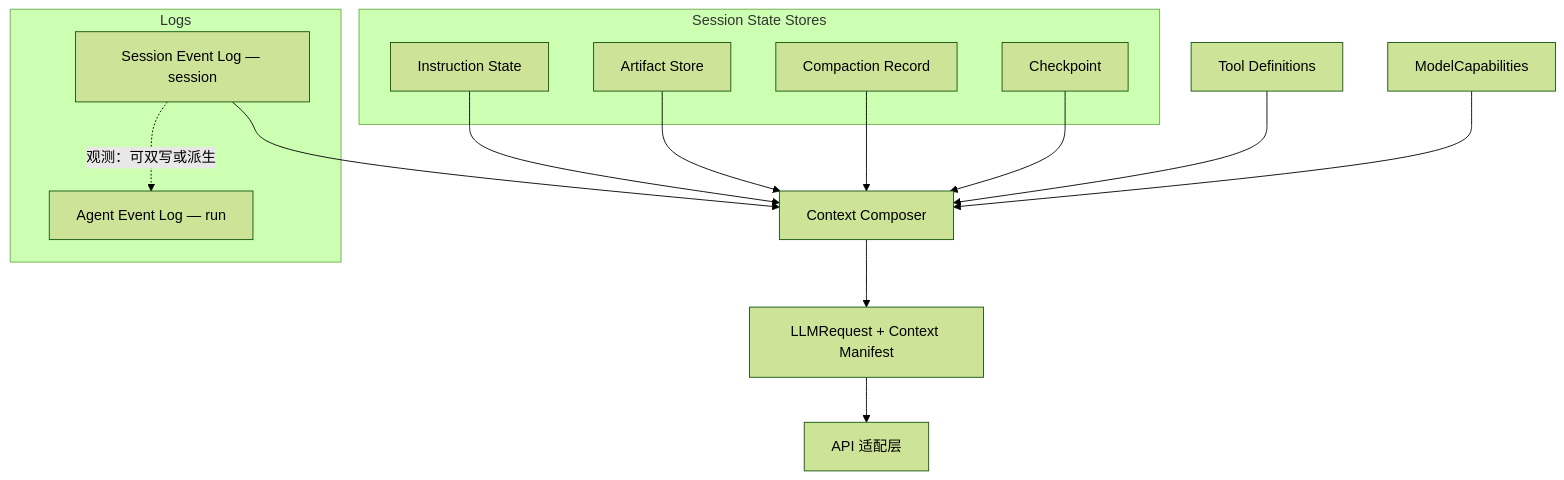
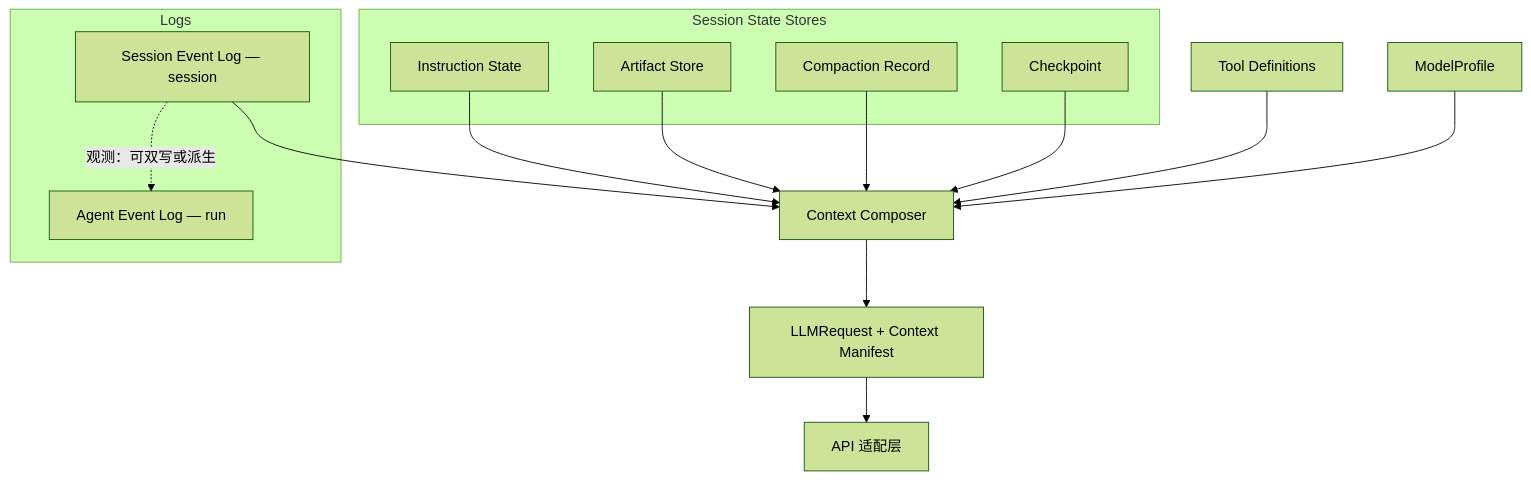
The diagram in docs/spec/context-composer.md (chendpoc/moontide), drawn with Mermaid (forest theme) before and after one commit. The commit also changed other lines of this file and 142 other files, not shown here.

````diff
--- a/docs/spec/context-composer.md
+++ b/docs/spec/context-composer.md
@@ -48,31 +48,31 @@
 ```mermaid
 flowchart TB
   subgraph logs [Logs]
     AEL["Agent Event Log — run"]
     SEL["Session Event Log — session"]
   end
 
   subgraph SSS [Session State Stores]
     IS["Instruction State"]
     AS["Artifact Store"]
     CR["Compaction Record"]
     CP["Checkpoint"]
   end
 
   TD["Tool Definitions"]
-  MC["ModelCapabilities"]
+  MC["ModelProfile"]
   Composer["Context Composer"]
   Out["LLMRequest + Context Manifest"]
   Adapter["API 适配层"]
 
   SEL --> Composer
   IS --> Composer
   AS --> Composer
   CR --> Composer
   CP --> Composer
   TD --> Composer
   MC --> Composer
   Composer --> Out
   Out --> Adapter
   SEL -.->|"观测：可双写或派生"| AEL
 ```
````
